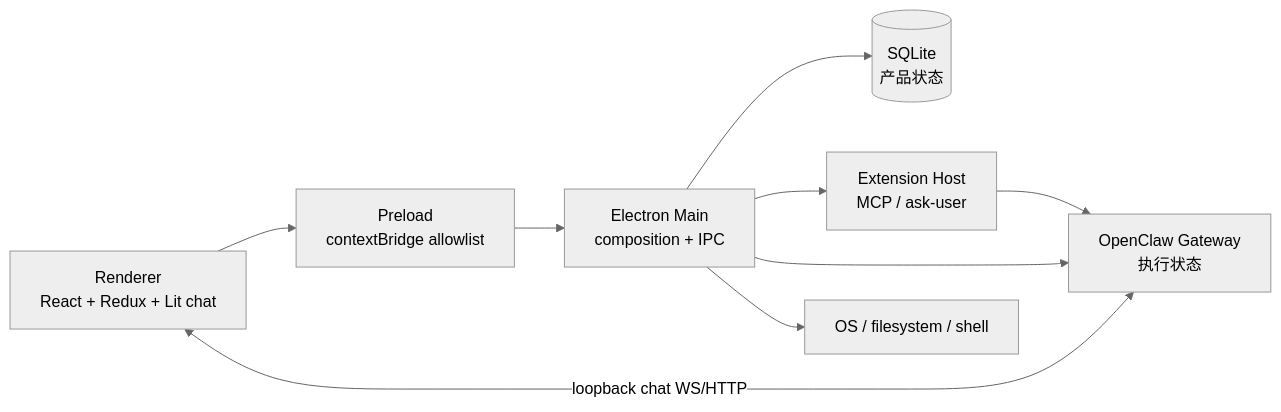
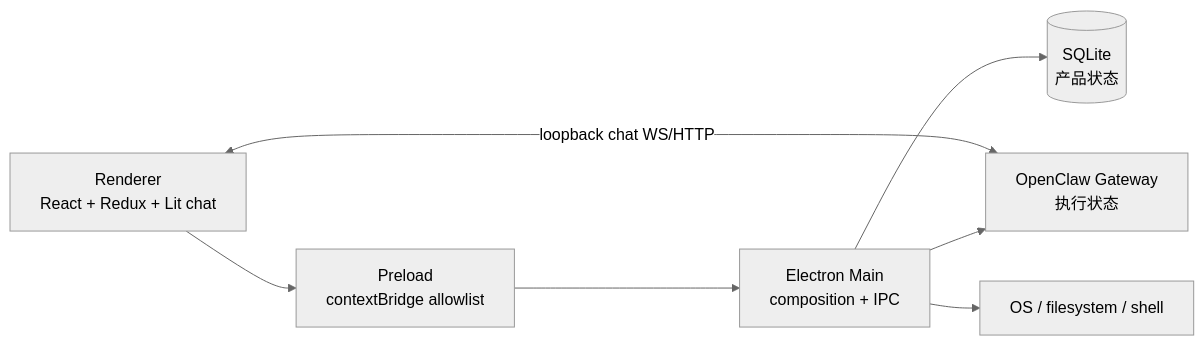
Before and after one commit to liangxhao/JustDo: the first of 3 diagrams in docs/features/current-state-v2026.8.10.md, drawn with Mermaid (neutral theme). The commit also changed other lines of this file and 61 other files, not shown here.

Commit message:
feat(cowork): restore AskUserQuestion extension

````diff
--- a/docs/features/current-state-v2026.8.10.md
+++ b/docs/features/current-state-v2026.8.10.md
@@ -111,18 +111,15 @@
 ```mermaid
 flowchart LR
   UI[Renderer<br/>React + Redux + Lit chat]
   Bridge[Preload<br/>contextBridge allowlist]
   Main[Electron Main<br/>composition + IPC]
   DB[(SQLite<br/>产品状态)]
-  Host[Extension Host<br/>MCP / ask-user]
   Gateway[OpenClaw Gateway<br/>执行状态]
   OS[OS / filesystem / shell]
 
   UI --> Bridge --> Main
   UI <-->|loopback chat WS/HTTP| Gateway
   Main --> DB
-  Main --> Host
   Main --> Gateway
   Main --> OS
-  Host --> Gateway
 ```
````
